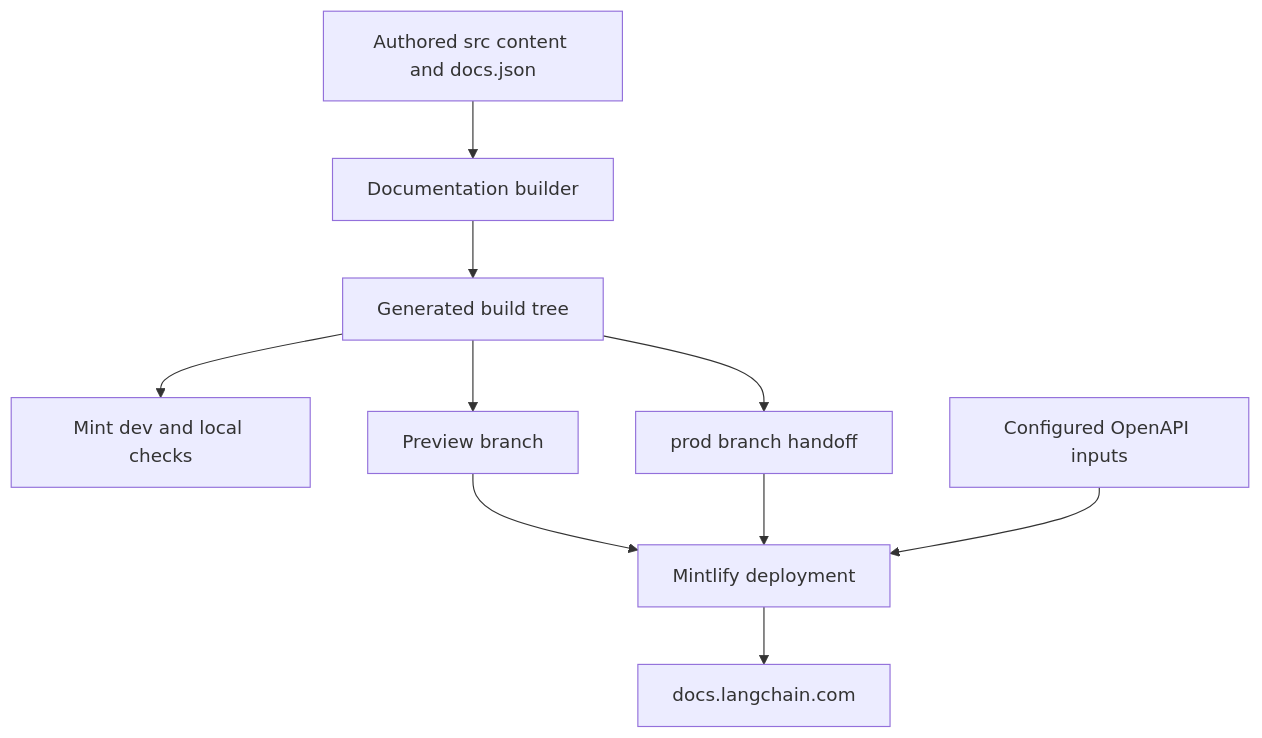
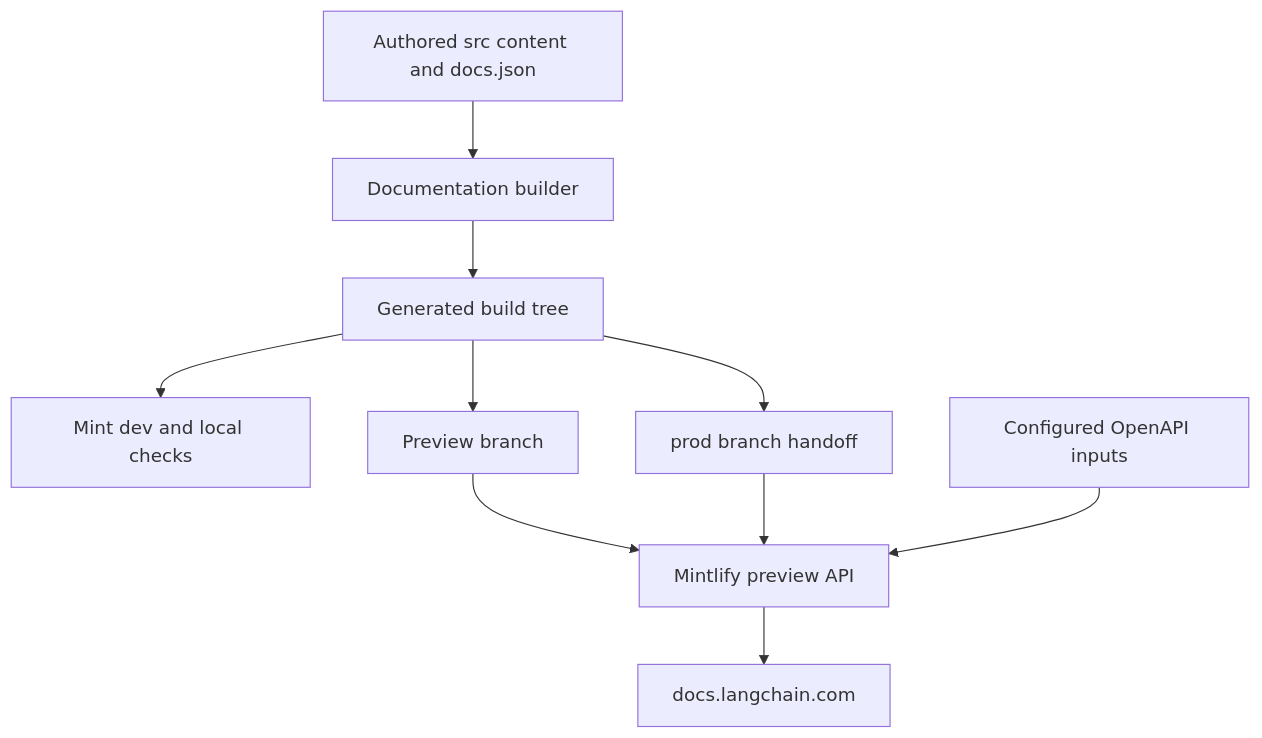
Before and after one commit to langchain-ai/docs: the diagram in openwiki/integrations/mintlify.md, drawn with Mermaid. The commit also changed other lines of this file and 29 other files, not shown here.

````diff
--- a/openwiki/integrations/mintlify.md
+++ b/openwiki/integrations/mintlify.md
@@ -51,12 +51,12 @@
 ```mermaid
 flowchart TD
     Source["Authored src content and docs.json"] --> Builder["Documentation builder"]
     Builder --> Build["Generated build tree"]
     Build --> Local["Mint dev and local checks"]
     Build --> Preview["Preview branch"]
     Build --> Production["prod branch handoff"]
-    Preview --> Mint["Mintlify deployment"]
+    Preview --> Mint["Mintlify preview API"]
     Production --> Mint
     Spec["Configured OpenAPI inputs"] --> Mint
     Mint --> Site["docs.langchain.com"]
 ```
````
